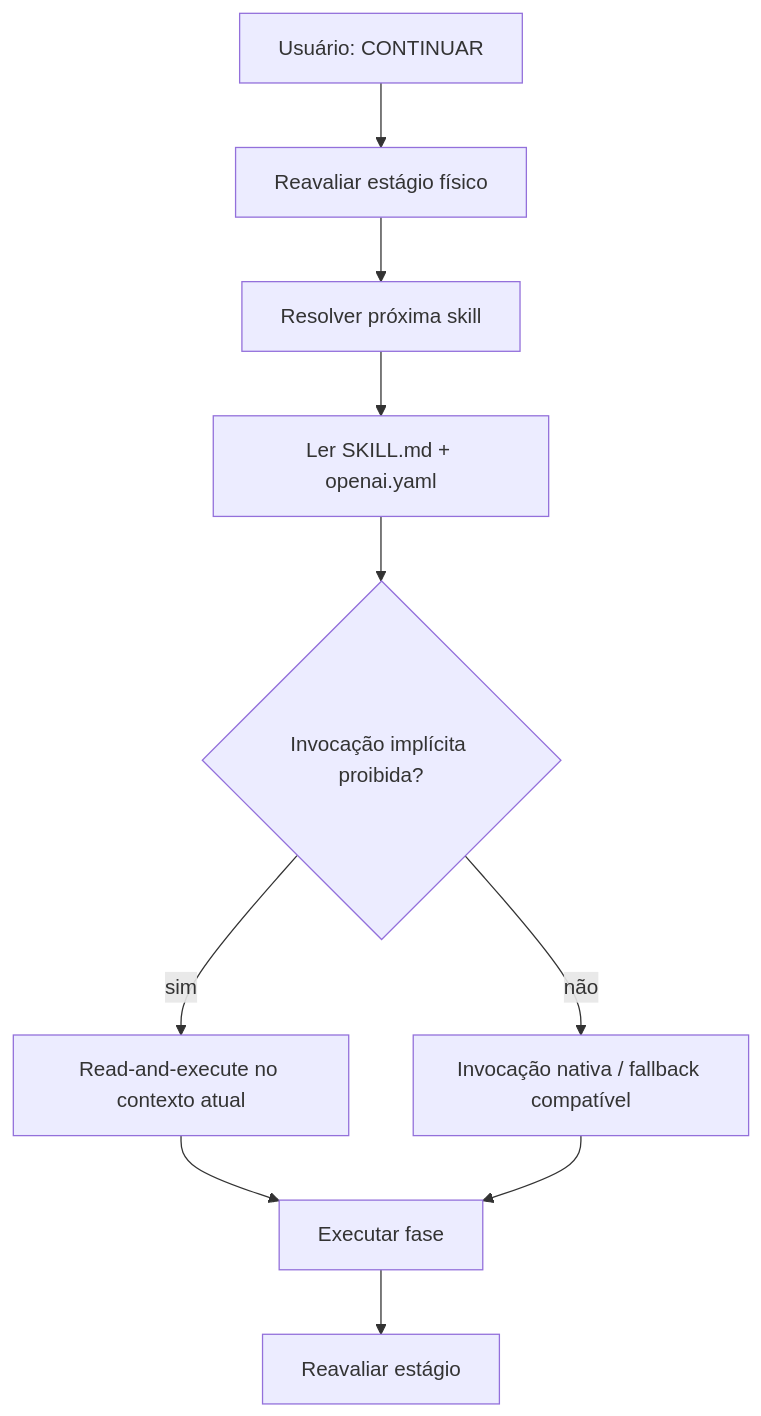
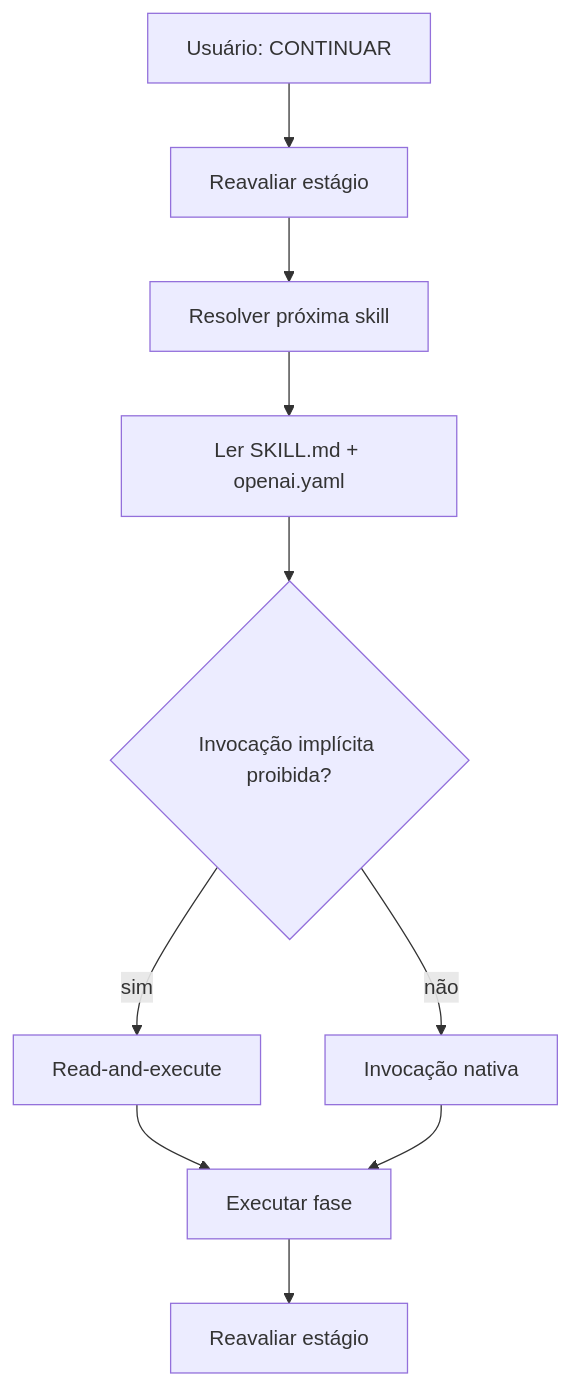
Before and after one commit to MarceloClaro/reversa: the fourth of 4 diagrams in README.md, drawn with Mermaid. The commit also changed other lines of this file, not shown here.

````diff
--- a/README.md
+++ b/README.md
@@ -900,12 +326,12 @@
 ```mermaid
 flowchart TD
-    C["Usuário: CONTINUAR"] --> R["Reavaliar estágio físico"]
+    C["Usuário: CONTINUAR"] --> R["Reavaliar estágio"]
     R --> S["Resolver próxima skill"]
     S --> M["Ler SKILL.md + openai.yaml"]
     M --> P{"Invocação implícita proibida?"}
-    P -->|"sim"| X["Read-and-execute no contexto atual"]
-    P -->|"não"| N["Invocação nativa / fallback compatível"]
+    P -->|"sim"| X["Read-and-execute"]
+    P -->|"não"| N["Invocação nativa"]
     X --> D["Executar fase"]
     N --> D
     D --> R2["Reavaliar estágio"]
 ```
````
